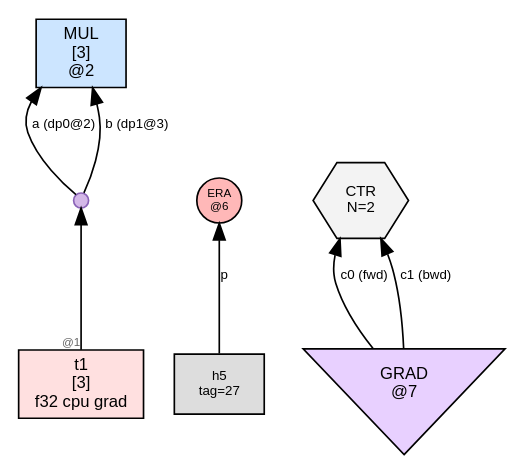
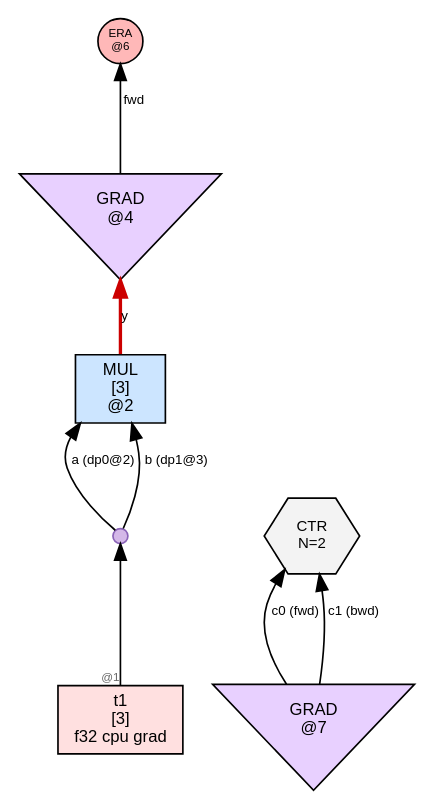
Before and after one commit to sw1sh/TinyHVM: the diagram in wl/examples/thvm_graphs/grad_rules/second_derivative/thvm_0_pre_reduce.dot, drawn with Graphviz. The commit also changed 16 other files, not shown here.

First line of the commit message:
grad: ERA-consumes-TAG_GF/GB renders as GRAD cell edge, not raw heap

```diff
--- a/wl/examples/thvm_graphs/grad_rules/second_derivative/thvm_0_pre_reduce.dot
+++ b/wl/examples/thvm_graphs/grad_rules/second_derivative/thvm_0_pre_reduce.dot
@@ -1,19 +1,20 @@
 digraph G {
   rankdir=BT;
   node [fontname="Helvetica", fontsize=10, style=filled, shape=box, margin="0.1,0.05"];
   edge [fontsize=8, fontname="Helvetica"];
 
   n2 [label="MUL\n[3]\n@2", shape=box, fillcolor="#cce5ff"];
   dup1 [label="", shape=circle, width=0.12, height=0.12, fixedsize=true, fillcolor="#d4b8e8", color="#8a63b7", fontsize=1];
   t1 [label="t1\n[3]\nf32 cpu grad",shape=box,fillcolor="#ffe0e0"];
   t1 -> dup1[label="",taillabel="@1",labelfontsize=7,fontcolor="#666666"];
   dup1 -> n2 [label="a (dp0@2)"];
   dup1 -> n2 [label="b (dp1@3)"];
   era6 [label="ERA\n@6",shape=circle,width=0.38,height=0.38,fixedsize=true,fillcolor="#ffb8b8",fontsize=7];
-  h5 [label="h5\ntag=27", shape=box, fillcolor="#dddddd", fontsize=8];
-  h5 -> era6 [label="p"];
+  grad4 [label="GRAD\n@4", shape=invtriangle, fillcolor="#e8d0ff"];
+  n2 -> grad4 [label="y",color="#cc0000",penwidth=2.0];
+  grad4 -> era6 [label="fwd"];
   ctr10 [label="CTR\nN=2", shape=hexagon, fillcolor="#f3f3f3", fontsize=9];
   grad7 [label="GRAD\n@7", shape=invtriangle, fillcolor="#e8d0ff"];
   grad7 -> ctr10 [label="c0 (fwd)"];
   grad7 -> ctr10 [label="c1 (bwd)"];
 }
```
